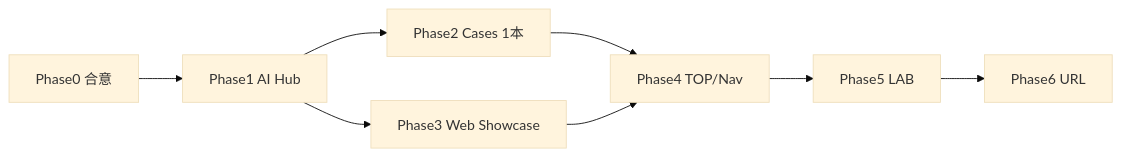
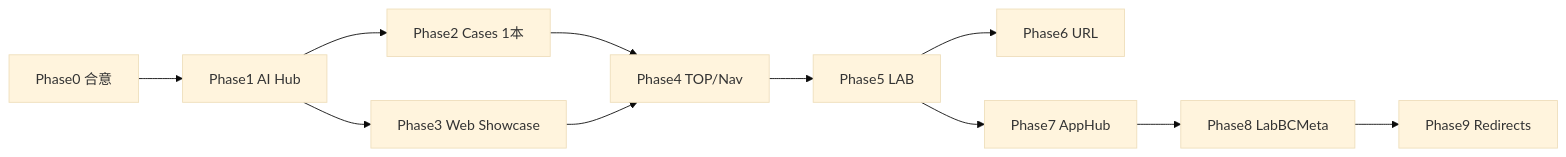
One commit to ideal-tomy/ideal_official changed the diagram in docs/SITE_EXPERIENCE_IMPLEMENTATION_PLAN.md. Above: the diagram before and after it, drawn with Mermaid (base theme). The commit also changed other lines of this file and 92 other files, not shown here.

````diff
--- a/docs/SITE_EXPERIENCE_IMPLEMENTATION_PLAN.md
+++ b/docs/SITE_EXPERIENCE_IMPLEMENTATION_PLAN.md
@@ -255,10 +240,13 @@
 ```mermaid
 flowchart LR
   P0[Phase0 合意] --> P1[Phase1 AI Hub]
   P1 --> P2[Phase2 Cases 1本]
   P1 --> P3[Phase3 Web Showcase]
   P2 --> P4[Phase4 TOP/Nav]
   P3 --> P4
   P4 --> P5[Phase5 LAB]
   P5 --> P6[Phase6 URL]
+  P5 --> P7[Phase7 AppHub]
+  P7 --> P8[Phase8 LabBCMeta]
+  P8 --> P9[Phase9 Redirects]
 ```
````
